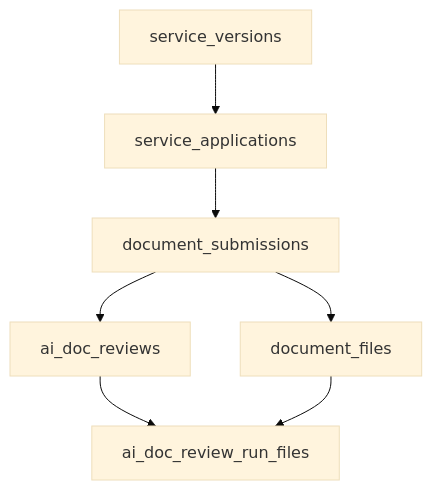
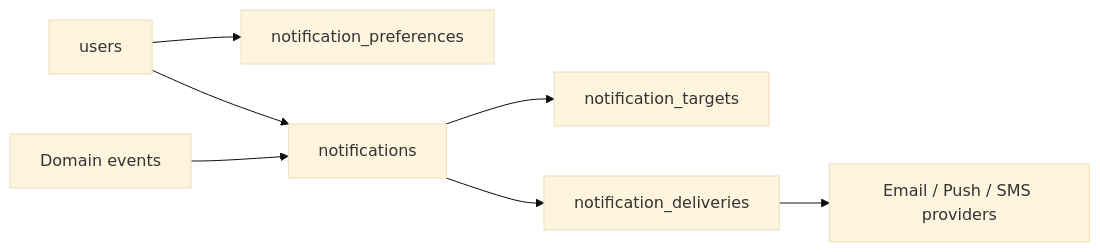
One commit to Kaung-HtetKyaw/readme-testing changed the seventh of 11 diagrams in diagrams.md. Above: the diagram before and after it, drawn with Mermaid (base theme). The commit also changed other lines of this file, not shown here.

Commit message:
revise diagrams

````diff
--- a/diagrams.md
+++ b/diagrams.md
@@ -186,16 +176,11 @@
 ```mermaid
-flowchart TB
-  SV[service_versions]
-  SA[service_applications]
-  DS[document_submissions]
-  DF[document_files]
-  AIR[ai_doc_reviews]
-  AIF[ai_doc_review_run_files]
+flowchart LR
+  N[notifications] --> NT[notification_targets]
+  N --> ND[notification_deliveries]
+  U[users] --> NP[notification_preferences]
+  U --> N
 
-  SV --> SA
-  SA --> DS
-  DS --> DF
-  DS --> AIR
-  AIR --> AIF
-  DF --> AIF
+  EV[Domain events]
+  EV --> N
+  ND --> CH[Email / Push / SMS providers]
 ```
````
